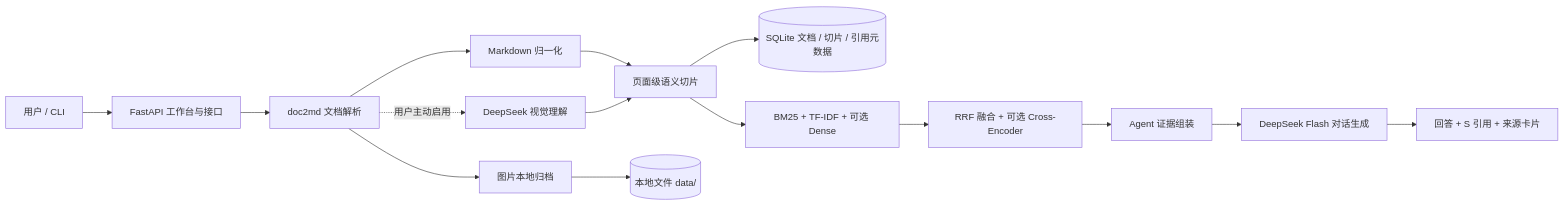
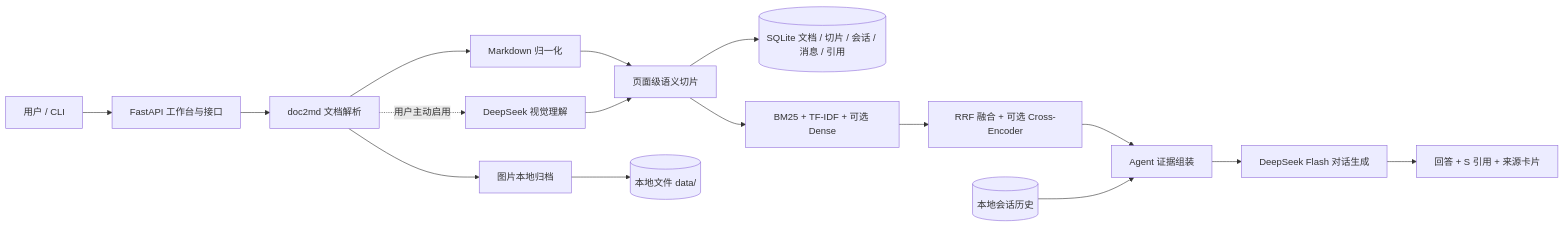
One commit to XinyueAN/seu-docqa changed the first of 2 diagrams in docs/architecture.md. Above: the diagram before and after it, drawn with Mermaid. The commit also changed other lines of this file and 13 other files, not shown here.

````diff
--- a/docs/architecture.md
+++ b/docs/architecture.md
@@ -5,17 +5,18 @@
 ```mermaid
 flowchart LR
   U[用户 / CLI] --> W[FastAPI 工作台与接口]
   W --> P[doc2md 文档解析]
   P --> M[Markdown 归一化]
   P --> I[图片本地归档]
   P -.->|用户主动启用| V[DeepSeek 视觉理解]
   M --> C[页面级语义切片]
   V --> C
-  C --> D[(SQLite 文档 / 切片 / 引用元数据)]
+  C --> D[(SQLite 文档 / 切片 / 会话 / 消息 / 引用)]
   I --> F[(本地文件 data/)]
   C --> R[BM25 + TF-IDF + 可选 Dense]
   R --> X[RRF 融合 + 可选 Cross-Encoder]
   X --> A[Agent 证据组装]
+  H[(本地会话历史)] --> A
   A --> L[DeepSeek Flash 对话生成]
   L --> Q[回答 + S 引用 + 来源卡片]
 ```
````
